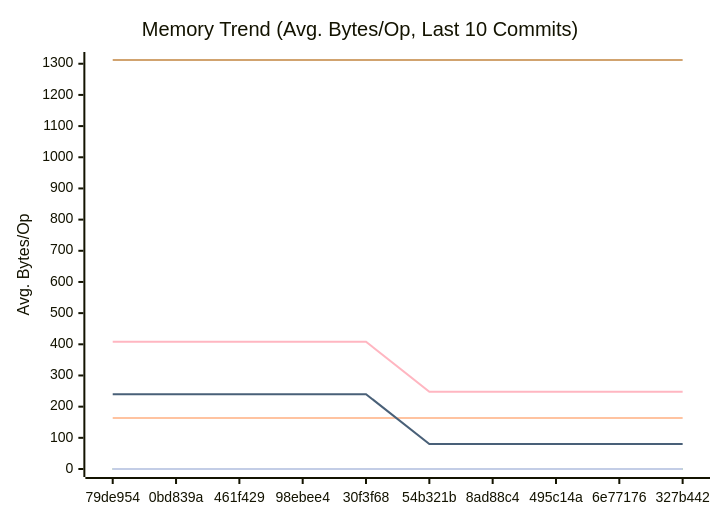
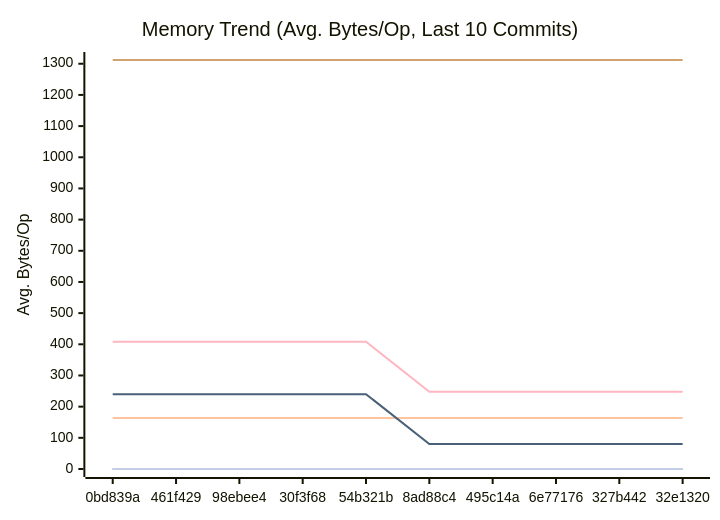
One commit to alsotoes/momo changed the second of 3 diagrams in docs/PERFORMANCE.md. Above: the diagram before and after it, drawn with Mermaid. The commit also changed other lines of this file and 2 other files, not shown here.

````diff
--- a/docs/PERFORMANCE.md
+++ b/docs/PERFORMANCE.md
@@ -142,16 +142,16 @@
 ```mermaid
 xychart-beta
     title "Memory Trend (Avg. Bytes/Op, Last 10 Commits)"
     x-axis "Commit"
     y-axis "Avg. Bytes/Op"
-    x-axis [79de954,0bd839a,461f429,98ebee4,30f3f68,54b321b,8ad88c4,495c14a,6e77176,327b442]
+    x-axis [0bd839a,461f429,98ebee4,30f3f68,54b321b,8ad88c4,495c14a,6e77176,327b442,32e1320]
     line "CheckMetricsAndSwap" [0,0,0,0,0,0,0,0,0,0]
     line "CrushOptimized" [0,0,0,0,0,0,0,0,0,0]
     line "CrushOriginal" [164,164,164,164,164,164,164,164,164,164]
     line "IndexDirectTracking" [0,0,0,0,0,0,0,0,0,0]
     line "IndexSearch" [0,0,0,0,0,0,0,0,0,0]
     line "LoadGlobalConfig" [1312,1312,1312,1312,1312,1312,1312,1312,1312,1312]
     line "PadString" [0,0,0,0,0,0,0,0,0,0]
     line "ParseReplicationOrder_NoPrealloc" [408,408,408,408,408,248,248,248,248,248]
     line "ParseReplicationOrder_Prealloc" [240,240,240,240,240,80,80,80,80,80]
 ```
````
